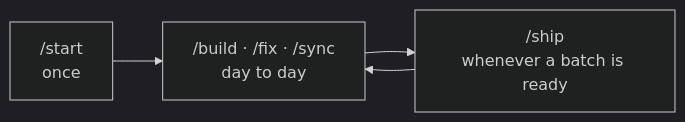
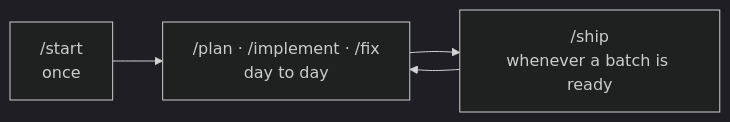
Before and after one commit to gwpicard/ai-build-kit: the diagram in README.md, drawn with Mermaid (dark theme). The commit also changed other lines of this file and 78 other files, not shown here.

````diff
--- a/README.md
+++ b/README.md
@@ -81,6 +82,6 @@
 ```mermaid
 flowchart LR
-  S["/start<br/>once"] --> L["/build · /fix · /sync<br/>day to day"]
+  S["/start<br/>once"] --> L["/plan · /implement · /fix<br/>day to day"]
   L --> P["/ship<br/>whenever a batch is ready"]
   P --> L
 ```
````
